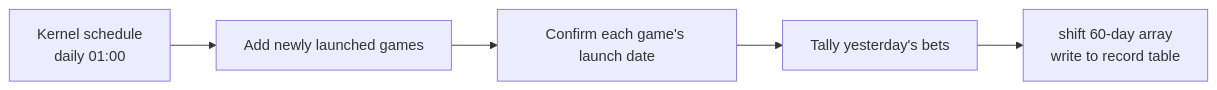
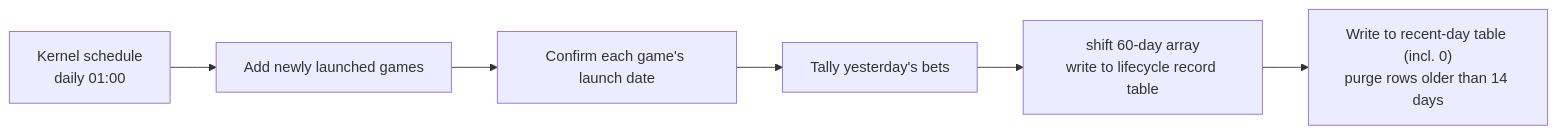
The diagram in src/content/projects-en/betdaily-automation.md (leemengju/leemengju.github.io), drawn with Mermaid before and after one commit. The commit also changed other lines of this file and 13 other files, not shown here.

````diff
--- a/src/content/projects-en/betdaily-automation.md
+++ b/src/content/projects-en/betdaily-automation.md
@@ -58,7 +61,8 @@
 ```mermaid
 flowchart LR
   K["Kernel schedule<br/>daily 01:00"] --> A["Add newly launched games"]
   A --> B["Confirm each game's launch date"]
   B --> C["Tally yesterday's bets"]
-  C --> D["shift 60-day array<br/>write to record table"]
+  C --> D["shift 60-day array<br/>write to lifecycle record table"]
+  D --> E["Write to recent-day table (incl. 0)<br/>purge rows older than 14 days"]
 ```
````
